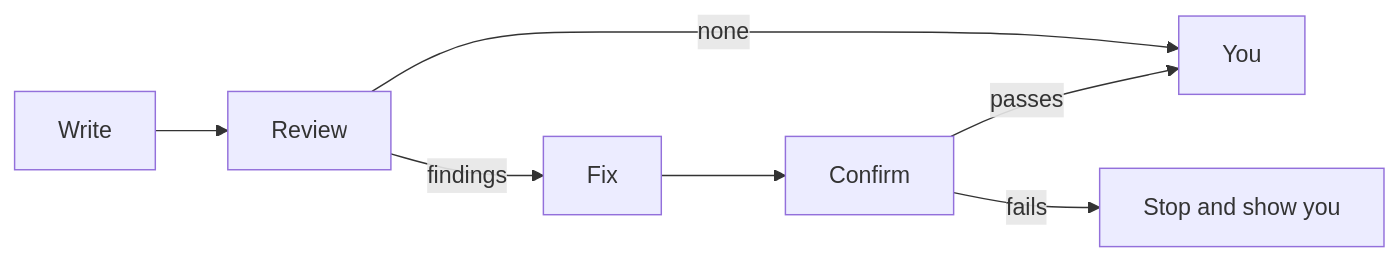
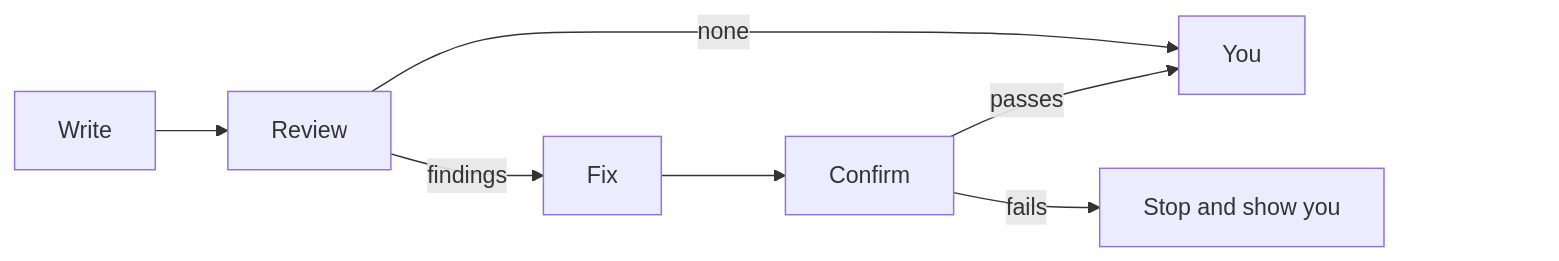
One commit to michaelmarconi/agentic-engineering changed the second of 2 diagrams in README.md. Above: the diagram before and after it, drawn with Mermaid. The commit also changed other lines of this file, not shown here.

Commit message:
docs: pad README diagrams on the right so GitHub's controls sit over empty space
Claude-Session: https://claude.ai/code/session_01NCq9p8hX4Co6v6y5xdGfCM

````diff
--- a/README.md
+++ b/README.md
@@ -166,9 +168,11 @@
 ```mermaid
 flowchart LR
     Write --> Review
     Review -->|findings| Fix
     Review -->|none| You
     Fix --> Confirm
     Confirm -->|passes| You
     Confirm -->|fails| Stop[Stop and show you]
+    Stop ~~~ Pad[" "]
+    style Pad fill:none,stroke:none
 ```
````
